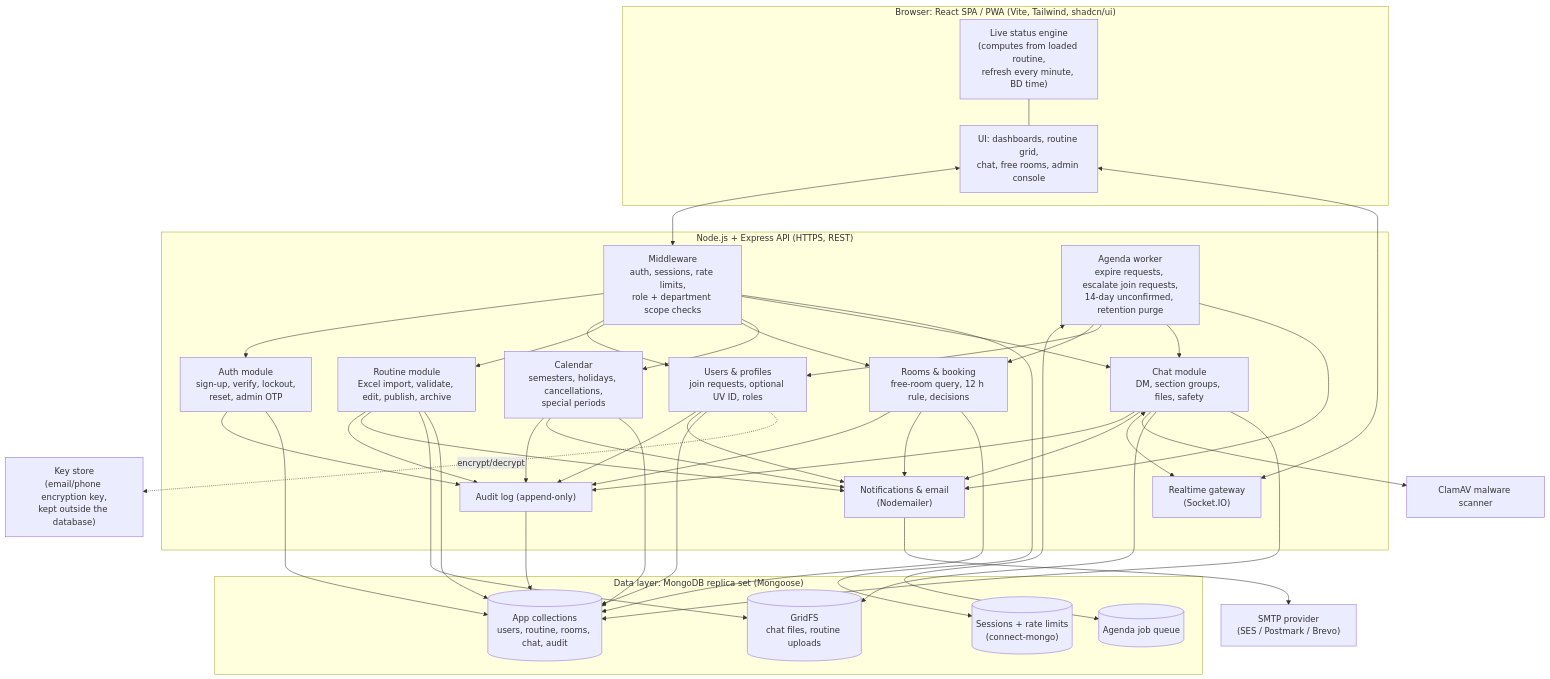
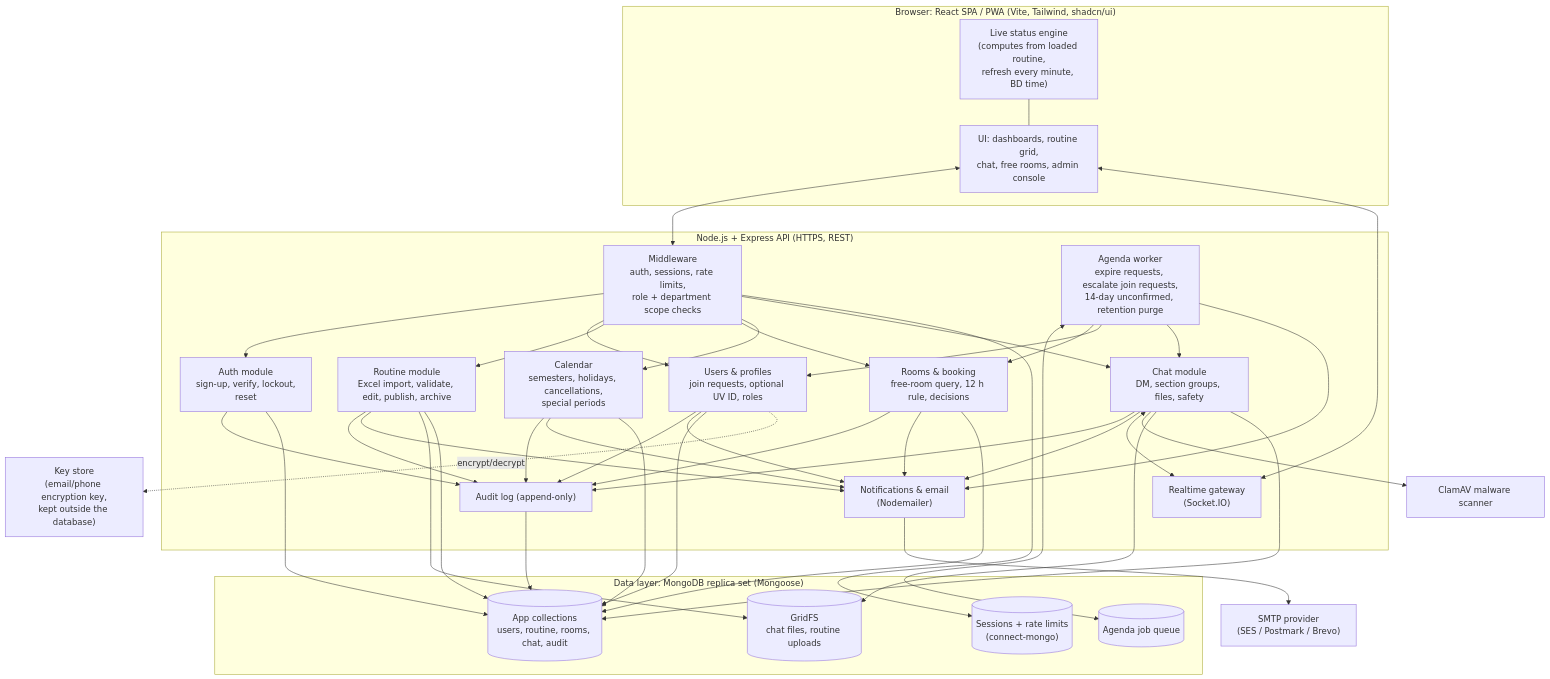
One commit to chinmoy567/Class-and-Routin-Management-Web-App changed the diagram in DOCUMENTS/src/04-architecture.mmd. Above: the diagram before and after it, drawn with Mermaid. The commit also changed 4 other files, not shown here.

Commit message:
docs: remove admin OTP from the diagram sources and README

```diff
--- a/DOCUMENTS/src/04-architecture.mmd
+++ b/DOCUMENTS/src/04-architecture.mmd
@@ -1,47 +1,47 @@
 %% Container / component architecture (C4 level 2) — MERN stack, JavaScript only
 flowchart TB
   subgraph Client["Browser: React SPA / PWA (Vite, Tailwind, shadcn/ui)"]
     UI["UI: dashboards, routine grid,<br/>chat, free rooms, admin console"]
     Clock["Live status engine<br/>(computes from loaded routine,<br/>refresh every minute, BD time)"]
   end
 
   subgraph Server["Node.js + Express API (HTTPS, REST)"]
     GW["Middleware<br/>auth, sessions, rate limits,<br/>role + department scope checks"]
-    Auth["Auth module<br/>sign-up, verify, lockout,<br/>reset, admin OTP"]
+    Auth["Auth module<br/>sign-up, verify, lockout,<br/>reset"]
     Users["Users & profiles<br/>join requests, optional UV ID, roles"]
     Rout["Routine module<br/>Excel import, validate, edit, publish, archive"]
     Room["Rooms & booking<br/>free-room query, 12 h rule, decisions"]
     Cal["Calendar<br/>semesters, holidays, cancellations,<br/>special periods"]
     Chat["Chat module<br/>DM, section groups, files, safety"]
     Notif["Notifications & email<br/>(Nodemailer)"]
     Audit["Audit log (append-only)"]
     Jobs["Agenda worker<br/>expire requests, escalate join requests,<br/>14-day unconfirmed, retention purge"]
     RT["Realtime gateway<br/>(Socket.IO)"]
   end
 
   subgraph Data["Data layer: MongoDB replica set (Mongoose)"]
     DB[("App collections<br/>users, routine, rooms, chat, audit")]
     Sess[("Sessions + rate limits<br/>(connect-mongo)")]
     JobQ[("Agenda job queue")]
     Files[("GridFS<br/>chat files, routine uploads")]
   end
 
   KMS["Key store<br/>(email/phone encryption key,<br/>kept outside the database)"]
   SMTP["SMTP provider<br/>(SES / Postmark / Brevo)"]
   AV["ClamAV malware scanner"]
 
   UI <--> GW
   UI <--> RT
   Clock --- UI
   GW --> Auth & Users & Rout & Room & Cal & Chat
   GW --> Sess
   Auth & Users & Rout & Room & Cal & Chat --> Audit
   Users & Rout & Room & Chat & Cal --> Notif
   Chat <--> RT
   Notif --> SMTP
   Chat --> AV
   Chat & Rout --> Files
   Auth & Users & Rout & Room & Cal & Chat & Audit --> DB
   Jobs <--> JobQ
   Users -. encrypt/decrypt .-> KMS
   Jobs --> Room & Users & Chat & Notif
```
